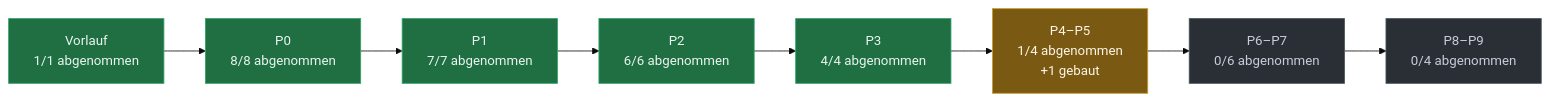
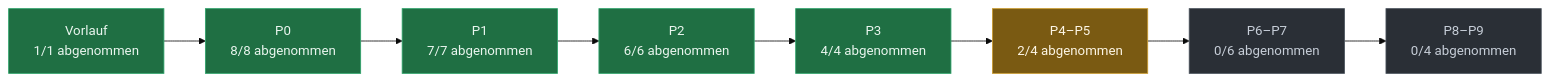
Before and after one commit to evenacadia-tech/Nakama: the diagram in docs/PLAN-STAND.md, drawn with Mermaid (base theme). The commit also changed other lines of this file, not shown here.

````diff
--- a/docs/PLAN-STAND.md
+++ b/docs/PLAN-STAND.md
@@ -35,21 +35,21 @@
 ```mermaid
 flowchart LR
   P0["Vorlauf<br/>1/1 abgenommen"]:::fertig
   P1["P0<br/>8/8 abgenommen"]:::fertig
   P0 --> P1
   P2["P1<br/>7/7 abgenommen"]:::fertig
   P1 --> P2
   P3["P2<br/>6/6 abgenommen"]:::fertig
   P2 --> P3
   P4["P3<br/>4/4 abgenommen"]:::fertig
   P3 --> P4
-  P5["P4–P5<br/>1/4 abgenommen<br/>+1 gebaut"]:::laeuft
+  P5["P4–P5<br/>2/4 abgenommen"]:::laeuft
   P4 --> P5
   P6["P6–P7<br/>0/6 abgenommen"]:::offen
   P5 --> P6
   P7["P8–P9<br/>0/4 abgenommen"]:::offen
   P6 --> P7
   classDef fertig fill:#1f6f43,stroke:#2ea36a,color:#eaf6ef
   classDef laeuft fill:#7a5a12,stroke:#c99a2e,color:#fdf6e6
   classDef offen  fill:#2a2f36,stroke:#4a525c,color:#c7ced8
 ```
````
